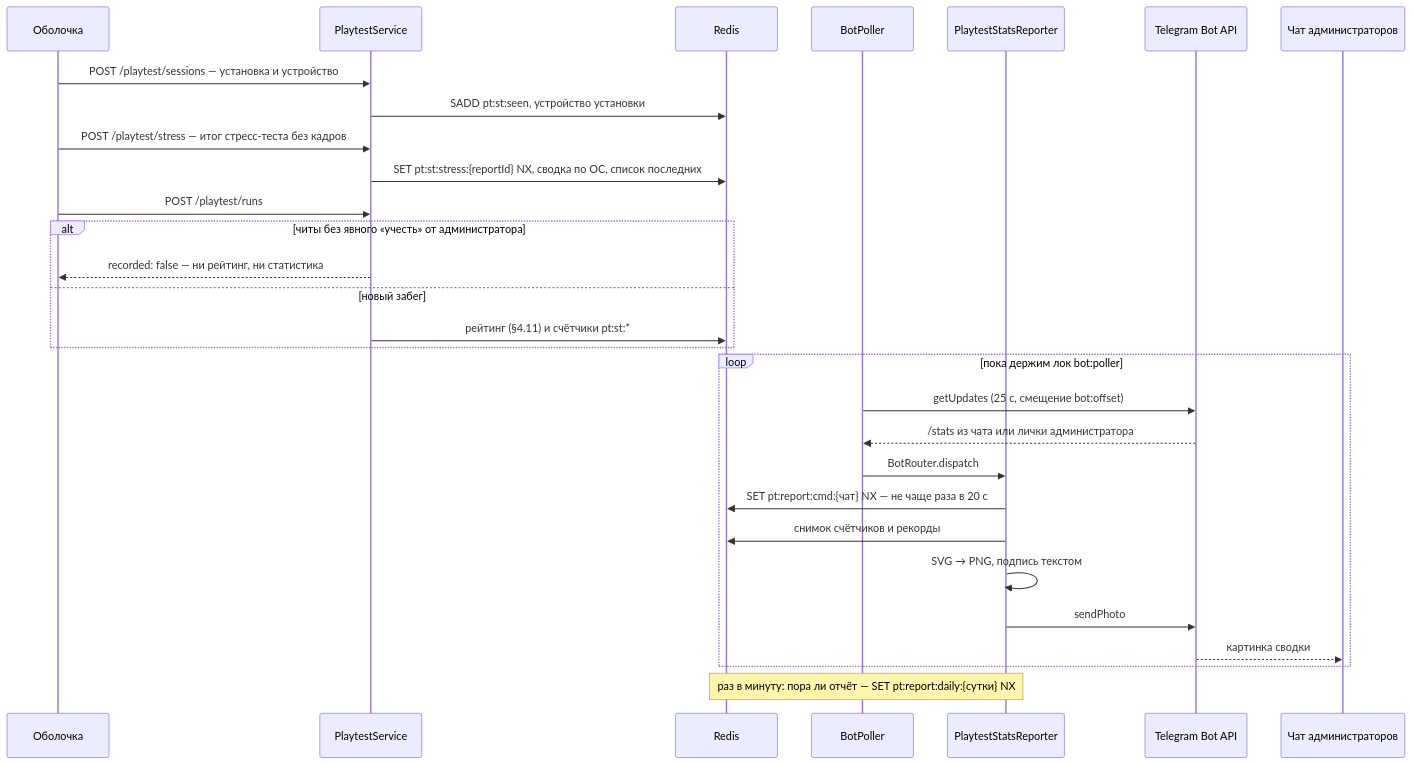
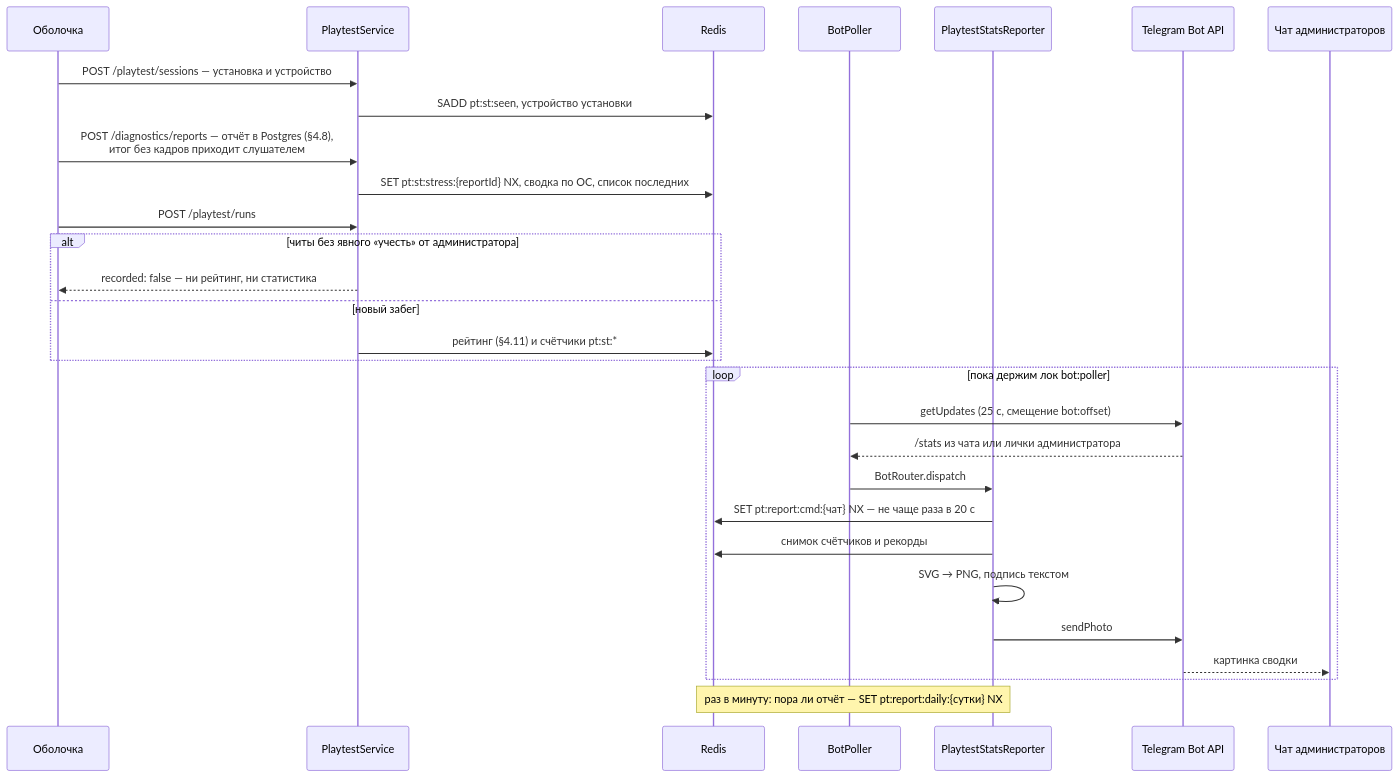
Diagram 19 of 21 in docs/21-diagrams.md (JJSGxKD/rubezh), drawn with Mermaid before and after one commit. The commit also changed other lines of this file and 33 other files, not shown here.

````diff
--- a/docs/21-diagrams.md
+++ b/docs/21-diagrams.md
@@ -984,33 +988,33 @@
 ```mermaid
 sequenceDiagram
     participant S as Оболочка
     participant P as PlaytestService
     participant R as Redis
     participant BP as BotPoller
     participant B as PlaytestStatsReporter
     participant TG as Telegram Bot API
     participant A as Чат администраторов
 
     S->>P: POST /playtest/sessions — установка и устройство
     P->>R: SADD pt:st:seen, устройство установки
-    S->>P: POST /playtest/stress — итог стресс-теста без кадров
+    S->>P: POST /diagnostics/reports — отчёт в Postgres (§4.8),<br/>итог без кадров приходит слушателем
     P->>R: SET pt:st:stress:{reportId} NX, сводка по ОС, список последних
     S->>P: POST /playtest/runs
     alt читы без явного «учесть» от администратора
         P-->>S: recorded: false — ни рейтинг, ни статистика
     else новый забег
         P->>R: рейтинг (§4.11) и счётчики pt:st:*
     end
 
     loop пока держим лок bot:poller
         BP->>TG: getUpdates (25 с, смещение bot:offset)
         TG-->>BP: /stats из чата или лички администратора
         BP->>B: BotRouter.dispatch
         B->>R: SET pt:report:cmd:{чат} NX — не чаще раза в 20 с
         B->>R: снимок счётчиков и рекорды
         B->>B: SVG → PNG, подпись текстом
         B->>TG: sendPhoto
         TG-->>A: картинка сводки
     end
     Note over B,R: раз в минуту: пора ли отчёт — SET pt:report:daily:{сутки} NX
 ```
````
